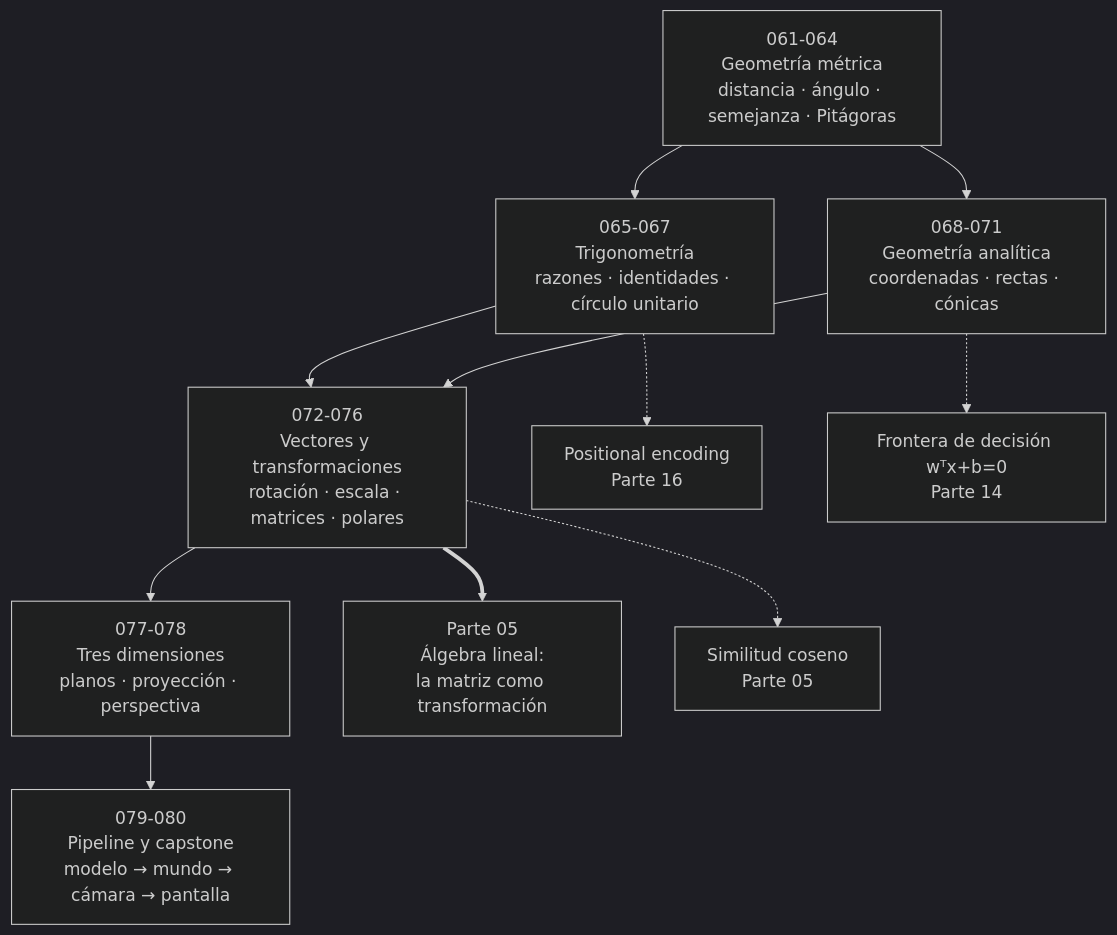
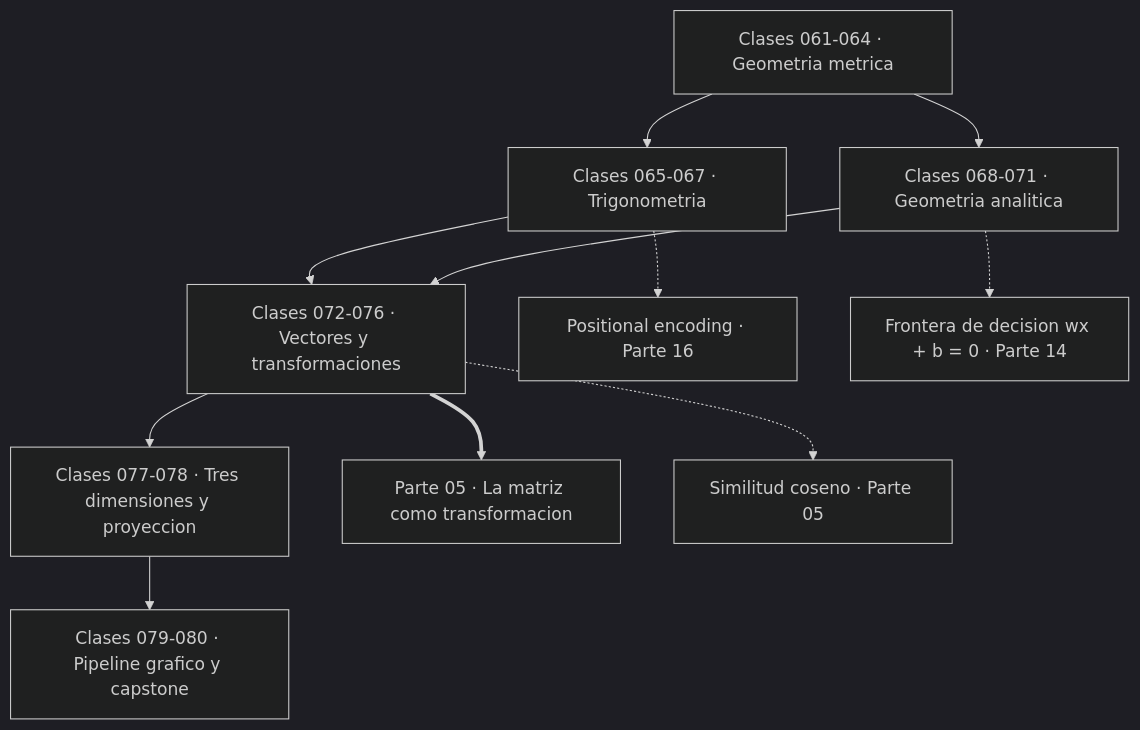
Before and after one commit to vladimiracunadev-create/computational-mathematics-program: the first of 2 diagrams in classes/part-03-geometria-trigonometria-y-geometria-analitica/README.md, drawn with Mermaid (dark theme). The commit also changed other lines of this file and 389 other files, not shown here.

First line of the commit message:
fix(diagramas): elimina el HTML de las etiquetas Mermaid

````diff
--- a/classes/part-03-geometria-trigonometria-y-geometria-analitica/README.md
+++ b/classes/part-03-geometria-trigonometria-y-geometria-analitica/README.md
@@ -47,13 +47,13 @@
 ```mermaid
 flowchart TD
-    A["061-064<br/>Geometría métrica<br/>distancia · ángulo · semejanza · Pitágoras"] --> B["065-067<br/>Trigonometría<br/>razones · identidades · círculo unitario"]
-    A --> C["068-071<br/>Geometría analítica<br/>coordenadas · rectas · cónicas"]
-    B --> D["072-076<br/>Vectores y transformaciones<br/>rotación · escala · matrices · polares"]
+    A["Clases 061-064 · Geometria metrica"] --> B["Clases 065-067 · Trigonometria"]
+    A --> C["Clases 068-071 · Geometria analitica"]
+    B --> D["Clases 072-076 · Vectores y transformaciones"]
     C --> D
-    D --> E["077-078<br/>Tres dimensiones<br/>planos · proyección · perspectiva"]
-    E --> F["079-080<br/>Pipeline y capstone<br/>modelo → mundo → cámara → pantalla"]
-    D ==> G["Parte 05<br/>Álgebra lineal:<br/>la matriz como transformación"]
-    B -.-> H["Positional encoding<br/>Parte 16"]
-    D -.-> I["Similitud coseno<br/>Parte 05"]
-    C -.-> J["Frontera de decisión wᵀx+b=0<br/>Parte 14"]
+    D --> E["Clases 077-078 · Tres dimensiones y proyeccion"]
+    E --> F["Clases 079-080 · Pipeline grafico y capstone"]
+    D ==> G["Parte 05 · La matriz como transformacion"]
+    B -.-> H["Positional encoding · Parte 16"]
+    D -.-> I["Similitud coseno · Parte 05"]
+    C -.-> J["Frontera de decision wx + b = 0 · Parte 14"]
 ```
````
